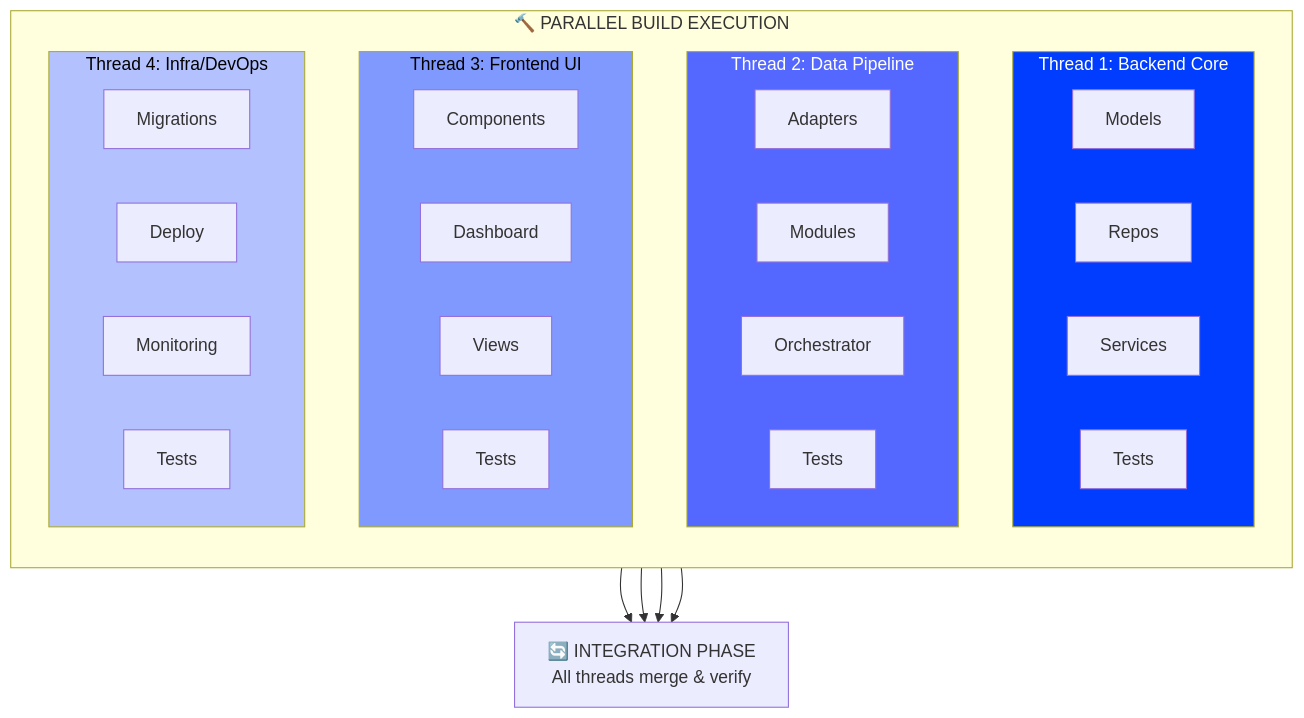
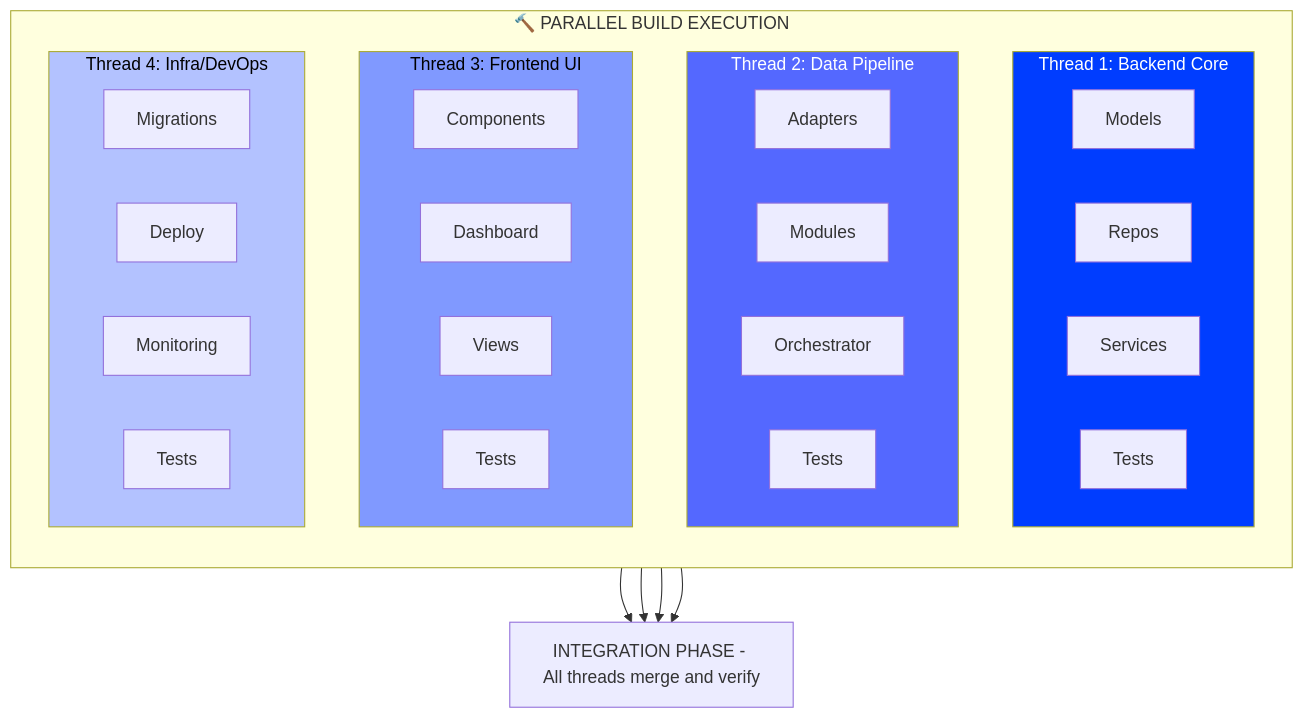
Before and after one commit to arijitchowdhury80/partnerforge: diagram 13 of 13 in docs/architecture/diagrams.md, drawn with Mermaid. The commit also changed other lines of this file, not shown here.

First line of the commit message:
fix: Simplify mermaid diagrams for mermaid.ink compatibility

````diff
--- a/docs/architecture/diagrams.md
+++ b/docs/architecture/diagrams.md
@@ -492,46 +492,46 @@
 ```mermaid
 flowchart TB
     subgraph Build["🔨 PARALLEL BUILD EXECUTION"]
         direction TB
 
         subgraph T1["Thread 1: Backend Core"]
             B1[Models]
             B2[Repos]
             B3[Services]
             B4[Tests]
         end
 
         subgraph T2["Thread 2: Data Pipeline"]
             D1[Adapters]
             D2[Modules]
             D3[Orchestrator]
             D4[Tests]
         end
 
         subgraph T3["Thread 3: Frontend UI"]
             F1[Components]
             F2[Dashboard]
             F3[Views]
             F4[Tests]
         end
 
         subgraph T4["Thread 4: Infra/DevOps"]
             I1[Migrations]
             I2[Deploy]
             I3[Monitoring]
             I4[Tests]
         end
     end
 
     T1 --> Integration
     T2 --> Integration
     T3 --> Integration
     T4 --> Integration
 
-    Integration[🔄 INTEGRATION PHASE<br/>All threads merge & verify]
+    Integration[INTEGRATION PHASE - All threads merge and verify]
 
     style T1 fill:#003dff,color:#fff
     style T2 fill:#5468ff,color:#fff
     style T3 fill:#8099ff,color:#000
     style T4 fill:#b3c2ff,color:#000
 ```
````
